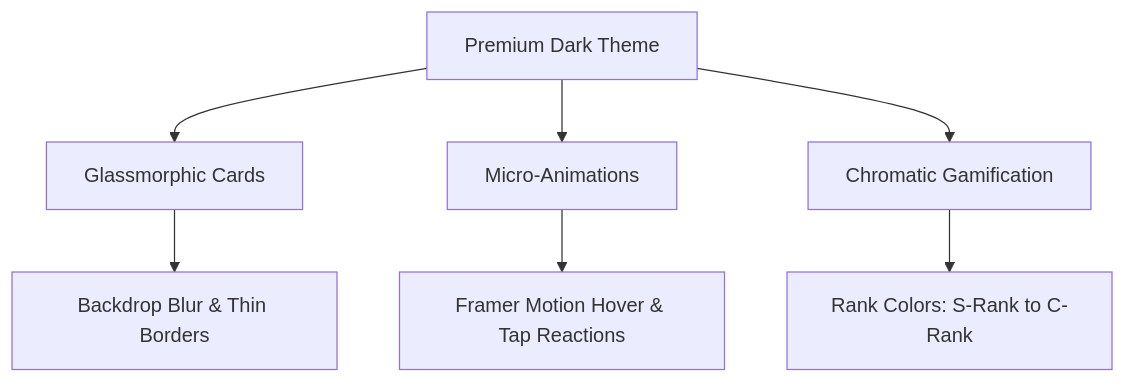
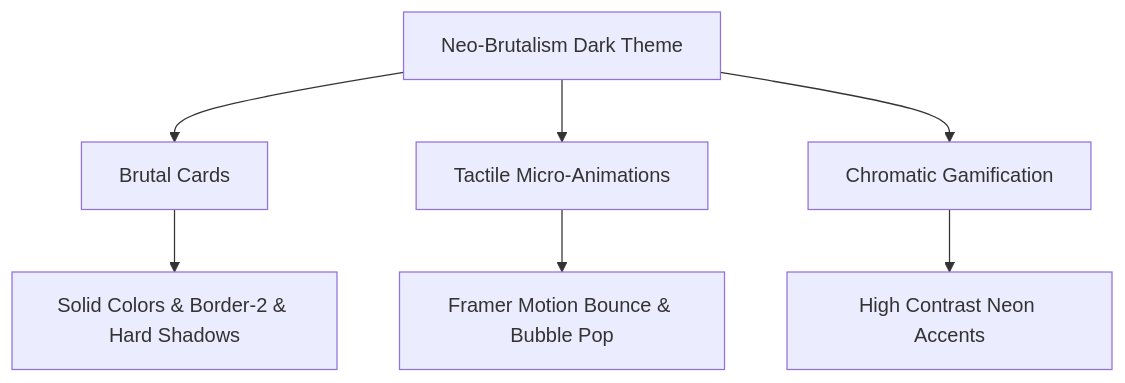
Before and after one commit to Insoyntax/Learn-Tracker: the diagram in ui_ux_design.md, drawn with Mermaid. The commit also changed other lines of this file and 2 other files, not shown here.

Commit message:
docs: update system specifications, product specs, and ui-ux design documentations to reflect Neo-Brutalism refactor

````diff
--- a/ui_ux_design.md
+++ b/ui_ux_design.md
@@ -11,10 +11,10 @@
 ```mermaid
 graph TD
-    A[Premium Dark Theme] --> B[Glassmorphic Cards]
-    A --> C[Micro-Animations]
+    A[Neo-Brutalism Dark Theme] --> B[Brutal Cards]
+    A --> C[Tactile Micro-Animations]
     A --> D[Chromatic Gamification]
     
-    B --> B1[Backdrop Blur & Thin Borders]
-    C --> C1[Framer Motion Hover & Tap Reactions]
-    D --> D1[Rank Colors: S-Rank to C-Rank]
+    B --> B1[Solid Colors & Border-2 & Hard Shadows]
+    C --> C1[Framer Motion Bounce & Bubble Pop]
+    D --> D1[High Contrast Neon Accents]
 ```
````
